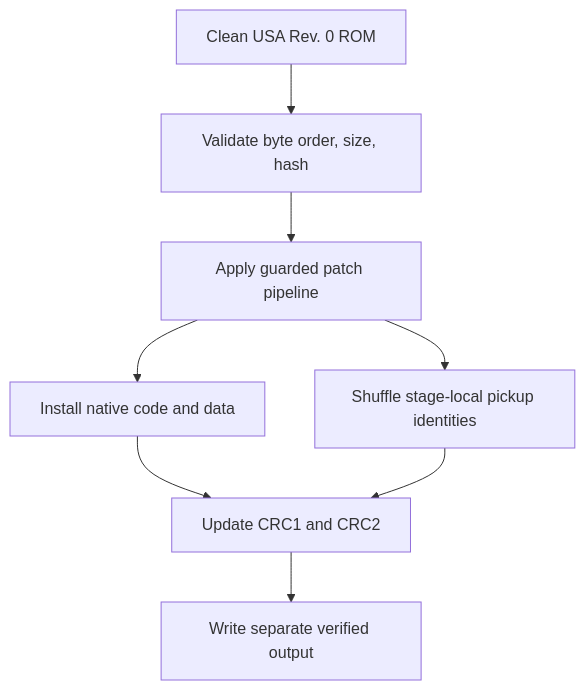
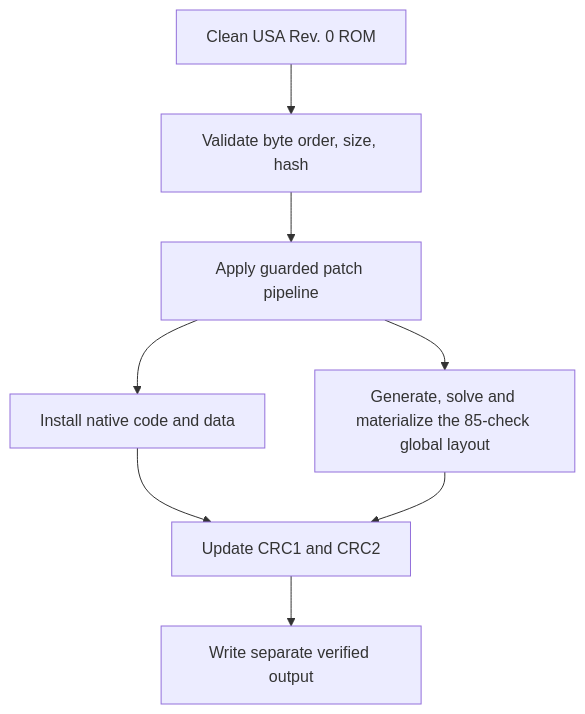
One commit to smeagol44/MKMSZ-Randomizer changed the diagram in wiki/Architecture-Overview.md. Above: the diagram before and after it, drawn with Mermaid. The commit also changed other lines of this file and 3 other files, not shown here.

First line of the commit message:
docs(wiki): correct stale architecture/status statements and broken anchors

````diff
--- a/wiki/Architecture-Overview.md
+++ b/wiki/Architecture-Overview.md
@@ -7,10 +7,10 @@
 ```mermaid
 flowchart TD
     A["Clean USA Rev. 0 ROM"] --> B["Validate byte order, size, hash"]
     B --> C["Apply guarded patch pipeline"]
     C --> D["Install native code and data"]
-    C --> E["Shuffle stage-local pickup identities"]
+    C --> E["Generate, solve and materialize the 85-check global layout"]
     D --> F["Update CRC1 and CRC2"]
     E --> F
     F --> G["Write separate verified output"]
 ```
````
